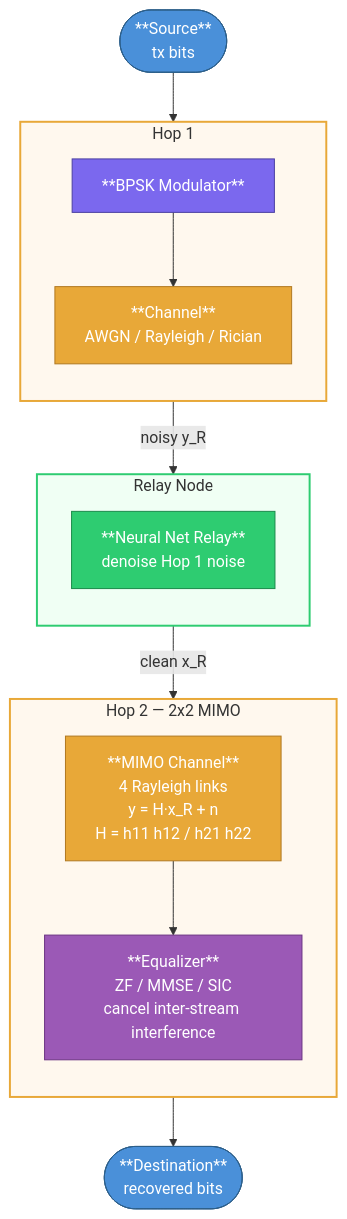
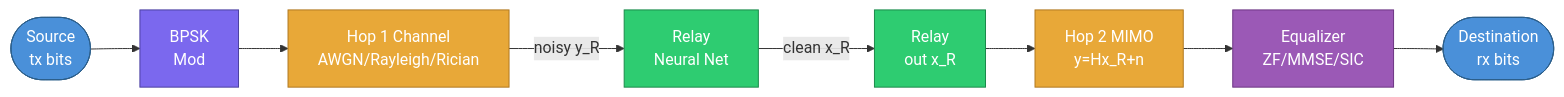
Before and after one commit to Gilzuk/relaynet2: the second of 2 diagrams in thesis.md, drawn with Mermaid. The commit also changed other lines of this file and 3 other files, not shown here.

First line of the commit message:
docs: Mermaid diagram - compact two-row LR layout (TX path / RX path)

````diff
--- a/thesis.md
+++ b/thesis.md
@@ -726,41 +725,40 @@
 ```mermaid
-flowchart TB
-    SRC(["**Source**\ntx bits"])
+flowchart LR
+    %% ── TX path (top row) ──────────────────────────────────────
+    SRC(["Source
+tx bits"])
+    MOD["BPSK
+Mod"]
+    CH1["Hop 1 Channel
+AWGN/Rayleigh/Rician"]
+    REL["Relay
+Neural Net"]
 
-    subgraph HOP1 [" Hop 1 "]
-        direction TB
-        MOD["**BPSK Modulator**"]
-        CH1["**Channel**\nAWGN / Rayleigh / Rician"]
-        MOD --> CH1
-    end
+    %% ── RX path (bottom row) ───────────────────────────────────
+    REL2["Relay
+out x_R"]
+    CH2["Hop 2 MIMO
+y=Hx_R+n"]
+    EQ["Equalizer
+ZF/MMSE/SIC"]
+    DST(["Destination
+rx bits"])
 
-    subgraph RELAY_BOX [" Relay Node "]
-        direction TB
-        REL["**Neural Net Relay**\ndenoise Hop 1 noise"]
-    end
+    %% ── TX row connections ─────────────────────────────────────
+    SRC --> MOD --> CH1 -->|"noisy y_R"| REL
 
-    subgraph HOP2 [" Hop 2 — 2x2 MIMO "]
-        direction TB
-        CH2["**MIMO Channel**\n4 Rayleigh links\ny = H·x_R + n\nH = h11 h12 / h21 h22"]
-        EQ["**Equalizer**\nZF / MMSE / SIC\ncancel inter-stream interference"]
-        CH2 --> EQ
-    end
+    %% ── drop from TX row to RX row ────────────────────────────
+    REL -->|"clean x_R"| REL2
 
-    DST(["**Destination**\nrecovered bits"])
+    %% ── RX row connections ─────────────────────────────────────
+    REL2 --> CH2 --> EQ --> DST
 
-    SRC        --> HOP1
-    HOP1       -->|"noisy y_R"| RELAY_BOX
-    RELAY_BOX  -->|"clean x_R"| HOP2
-    HOP2       --> DST
-
-    style SRC        fill:#4A90D9,color:#fff,stroke:#2c5f8a
-    style DST        fill:#4A90D9,color:#fff,stroke:#2c5f8a
-    style MOD        fill:#7B68EE,color:#fff,stroke:#4a3fa0
-    style CH1        fill:#E8A838,color:#fff,stroke:#b07820
-    style REL        fill:#2ECC71,color:#fff,stroke:#1a8a4a
-    style CH2        fill:#E8A838,color:#fff,stroke:#b07820
-    style EQ         fill:#9B59B6,color:#fff,stroke:#6c3483
-    style HOP1       fill:#fff8ee,stroke:#E8A838,stroke-width:2px
-    style RELAY_BOX  fill:#f0fff4,stroke:#2ECC71,stroke-width:2px
-    style HOP2       fill:#fff8ee,stroke:#E8A838,stroke-width:2px
+    style SRC  fill:#4A90D9,color:#fff,stroke:#2c5f8a
+    style DST  fill:#4A90D9,color:#fff,stroke:#2c5f8a
+    style MOD  fill:#7B68EE,color:#fff,stroke:#4a3fa0
+    style CH1  fill:#E8A838,color:#fff,stroke:#b07820
+    style REL  fill:#2ECC71,color:#fff,stroke:#1a8a4a
+    style REL2 fill:#2ECC71,color:#fff,stroke:#1a8a4a
+    style CH2  fill:#E8A838,color:#fff,stroke:#b07820
+    style EQ   fill:#9B59B6,color:#fff,stroke:#6c3483
 ```
````
